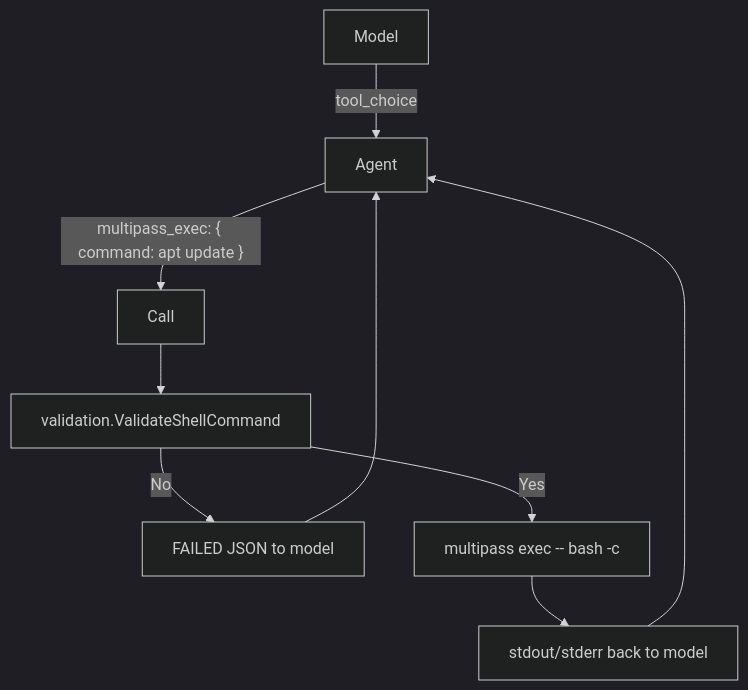
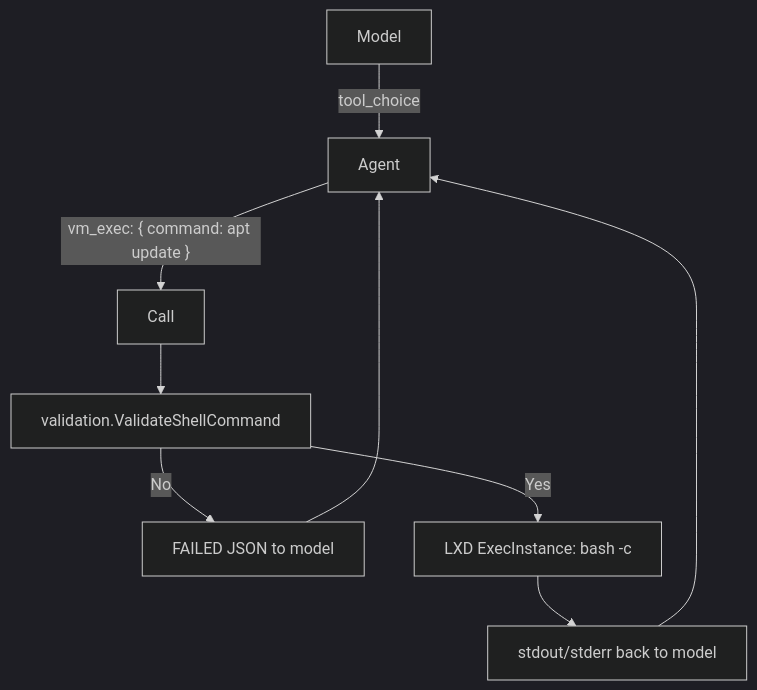
Before and after one commit to trollLemon/MPHarness: the second of 2 diagrams in docs/reference/arch.md, drawn with Mermaid (dark theme). The commit also changed other lines of this file and 51 other files, not shown here.

First line of the commit message:
Replace Multipass with LXD (#25)

````diff
--- a/docs/reference/arch.md
+++ b/docs/reference/arch.md
@@ -86,11 +86,11 @@
 ```mermaid
 flowchart TD
     A[Model] -->|tool_choice| B[Agent]
-    B -->|"multipass_exec: { command: apt update }"| C[Call]
+    B -->|"vm_exec: { command: apt update }"| C[Call]
     C --> D[validation.ValidateShellCommand]
     D -->|No| E[FAILED JSON to model]
-    D -->|Yes| F["multipass exec <vm> -- bash -c "<cmd>""]
+    D -->|Yes| F["LXD ExecInstance: bash -c <cmd>"]
     F --> G[stdout/stderr back to model]
     E --> B
     G --> B
 ```
````
